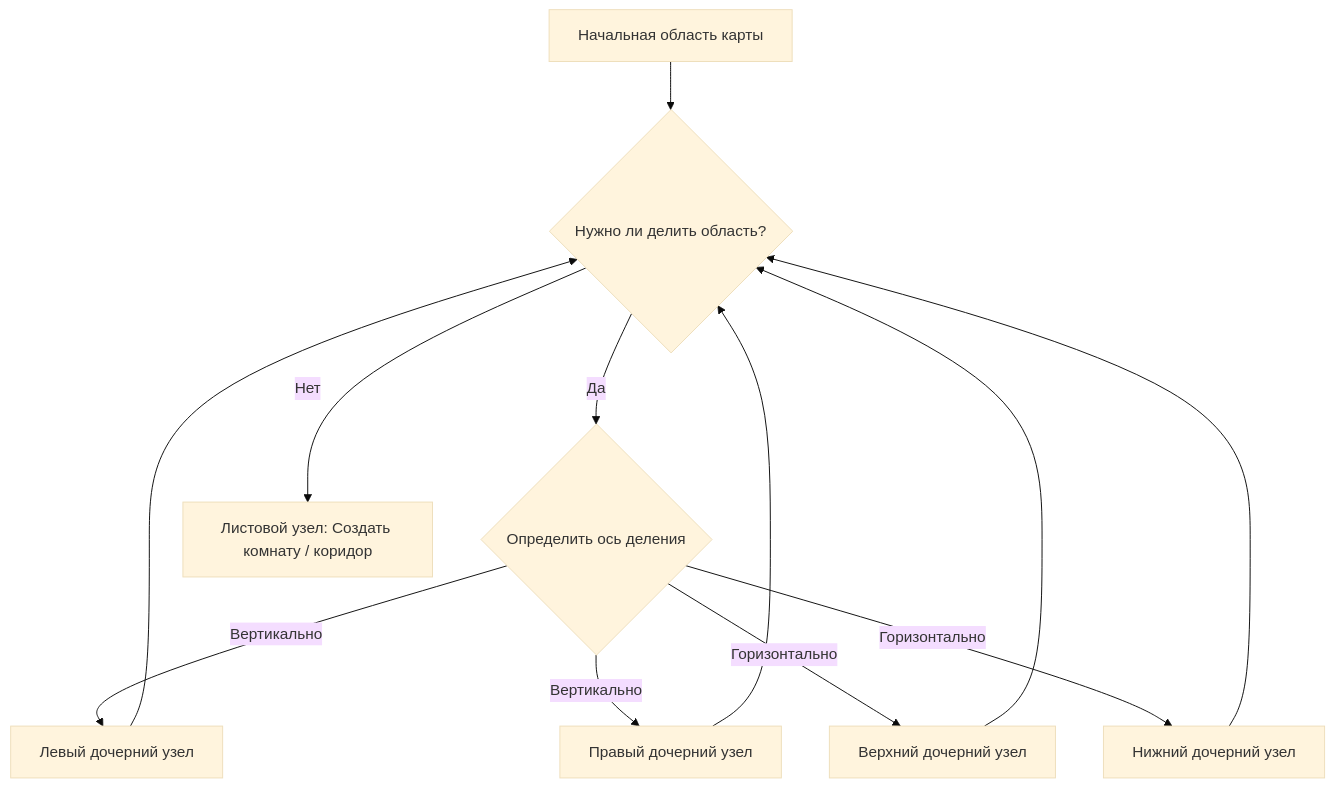
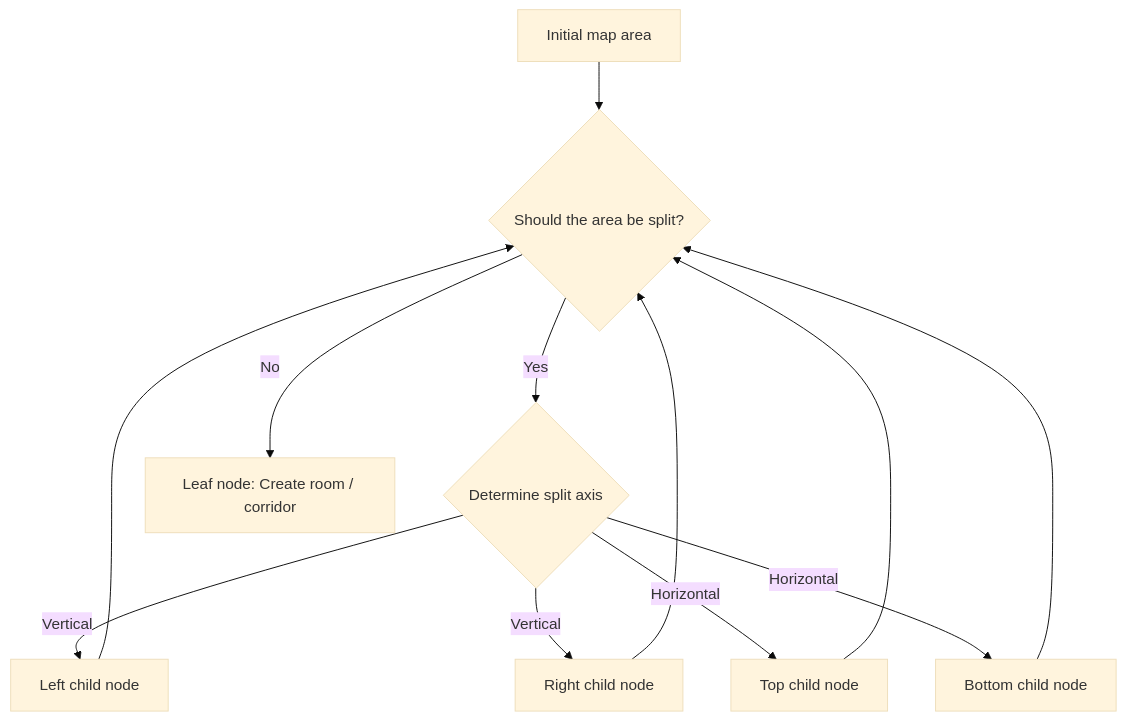
The first of 3 diagrams in README.ru.md (Holizer/procgen-lab), drawn with Mermaid (base theme) before and after one commit. The commit also changed other lines of this file and 1 other file, not shown here.

````diff
--- a/README.ru.md
+++ b/README.ru.md
@@ -40,12 +37,12 @@
 ```mermaid
 graph TD
-	A[Начальная область карты] --> B{Нужно ли делить область?};
-	B -- Да --> C{Определить ось деления};
-	C -- Вертикально --> D[Левый дочерний узел] & E[Правый дочерний узел];
-	C -- Горизонтально --> F[Верхний дочерний узел] & G[Нижний дочерний узел];
+	A[Initial map area] --> B{Should the area be split?};
+	B -- Yes --> C{Determine split axis};
+	C -- Vertical --> D[Left child node] & E[Right child node];
+	C -- Horizontal --> F[Top child node] & G[Bottom child node];
 	D --> B;
 	E --> B;
 	F --> B;
 	G --> B;
-	B -- Нет --> H[Листовой узел: Создать комнату / коридор];
+	B -- No --> H[Leaf node: Create room / corridor];
 ```
````
